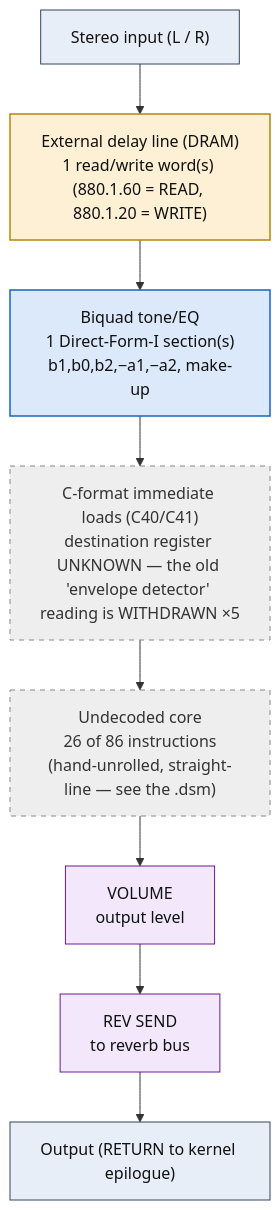
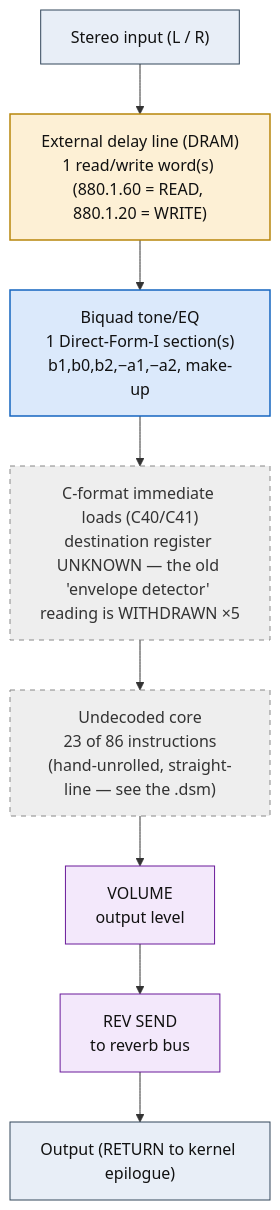
Before and after one commit to ArqueologiaDigital/kn5000-roms-disasm: the diagram in dsp/flowcharts/prog15_rock_rotary.md, drawn with Mermaid. The commit also changed other lines of this file and 63 other files, not shown here.

````diff
--- a/dsp/flowcharts/prog15_rock_rotary.md
+++ b/dsp/flowcharts/prog15_rock_rotary.md
@@ -12,30 +12,30 @@
 ```mermaid
 flowchart TD
     N0["Stereo input (L / R)"]
     N1["External delay line (DRAM)<br/>1 read/write word(s) (880.1.60 = READ, 880.1.20 = WRITE)"]
     N0 --> N1
     N2["Biquad tone/EQ<br/>1 Direct-Form-I section(s)<br/>b1,b0,b2,&minus;a1,&minus;a2, make-up"]
     N1 --> N2
     N3["C-format immediate loads (C40/C41)<br/>destination register UNKNOWN &mdash; the old 'envelope detector' reading is WITHDRAWN &times;5"]
     N2 --> N3
-    N4["Undecoded core<br/>26 of 86 instructions<br/>(hand-unrolled, straight-line &mdash; see the .dsm)"]
+    N4["Undecoded core<br/>23 of 86 instructions<br/>(hand-unrolled, straight-line &mdash; see the .dsm)"]
     N3 --> N4
     N5["VOLUME<br/>output level"]
     N4 --> N5
     N6["REV SEND<br/>to reverb bus"]
     N5 --> N6
     N7["Output (RETURN to kernel epilogue)"]
     N6 --> N7
 
     classDef io fill:#e8eef7,stroke:#33475b,stroke-width:1px,color:#111;
     classDef proven fill:#d7f0d7,stroke:#2e7d32,stroke-width:2px,color:#111;
     classDef measured fill:#dbe9fb,stroke:#1565c0,stroke-width:1.5px,color:#111;
     classDef inferred fill:#fdf0d5,stroke:#b8860b,stroke-width:1.5px,color:#111;
     classDef open fill:#eeeeee,stroke:#888,stroke-width:1px,color:#333,stroke-dasharray:5 5;
     classDef ctrl fill:#f3e8fb,stroke:#6a1b9a,stroke-width:1px,color:#111;
     class N0,N7 io;
     class N1 inferred;
     class N2 measured;
     class N3,N4 open;
     class N5,N6 ctrl;
 ```
````
